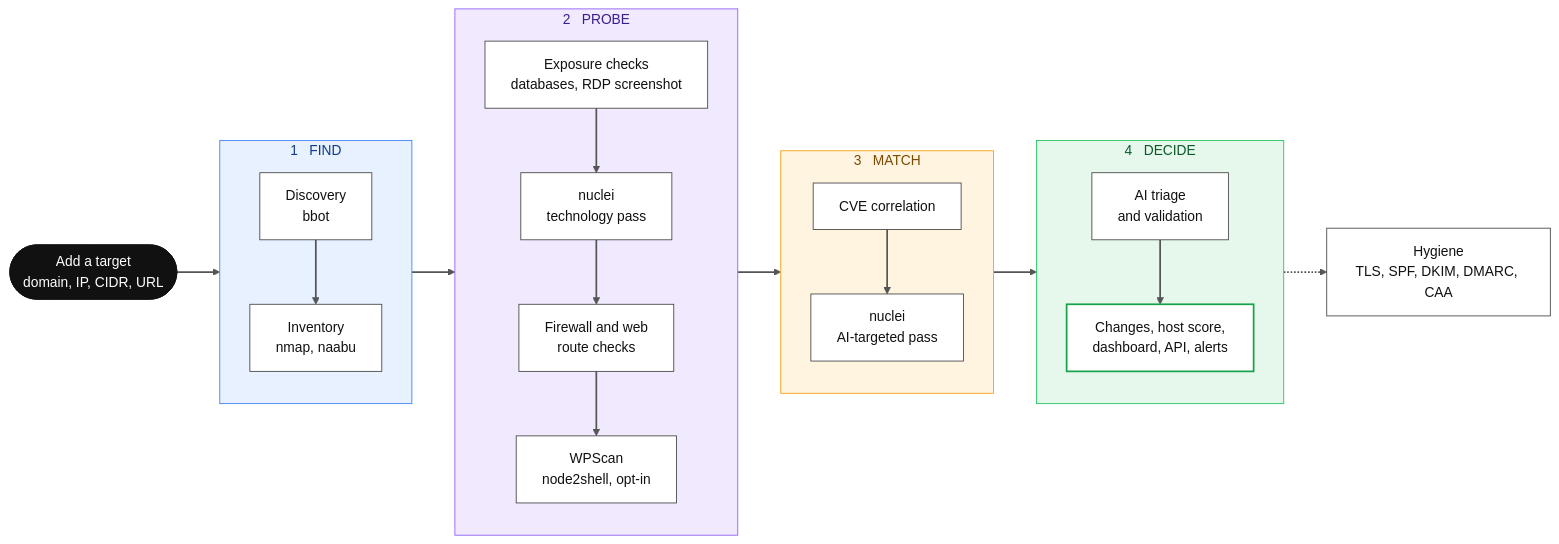
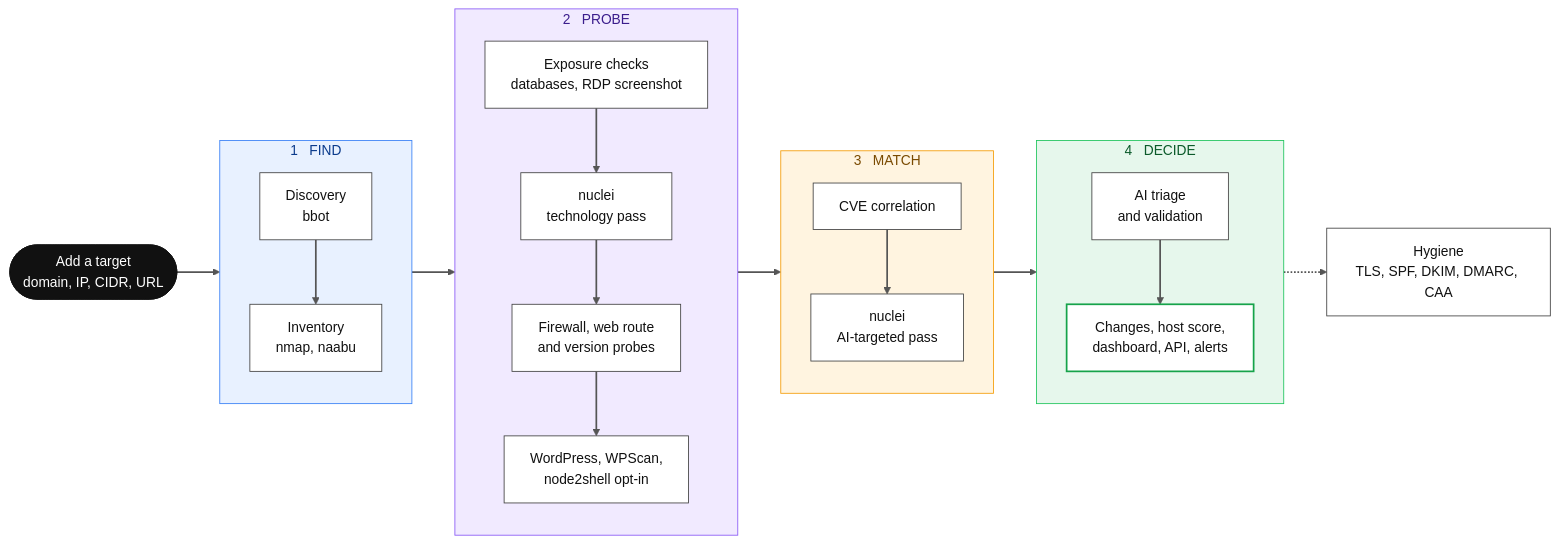
Before and after one commit to zqf20096327/ai_collect: the diagram in data/readmes/hevnsnt__CVEngine.md, drawn with Mermaid. The commit also changed other lines of this file and 1880 other files, not shown here.

````diff
--- a/data/readmes/hevnsnt__CVEngine.md
+++ b/data/readmes/hevnsnt__CVEngine.md
@@ -62,43 +79,43 @@
 ```mermaid
 flowchart LR
     T(["Add a target<br/>domain, IP, CIDR, URL"])
 
     subgraph FIND["1 &nbsp; FIND"]
         direction TB
         D["Discovery<br/>bbot"] --> I["Inventory<br/>nmap, naabu"]
     end
 
     subgraph PROBE["2 &nbsp; PROBE"]
         direction TB
-        X["Exposure checks<br/>databases, RDP screenshot"] --> N1["nuclei<br/>technology pass"] --> R["Firewall and web<br/>route checks"] --> W["WPScan<br/>node2shell, opt-in"]
+        X["Exposure checks<br/>databases, RDP screenshot"] --> N1["nuclei<br/>technology pass"] --> R["Firewall, web route<br/>and version probes"] --> W["WordPress, WPScan,<br/>node2shell opt-in"]
     end
 
     subgraph MATCH["3 &nbsp; MATCH"]
         direction TB
         C["CVE correlation"] --> N2["nuclei<br/>AI-targeted pass"]
     end
 
     subgraph DECIDE["4 &nbsp; DECIDE"]
         direction TB
         A["AI triage<br/>and validation"] --> O["Changes, host score,<br/>dashboard, API, alerts"]
     end
 
     H["Hygiene<br/>TLS, SPF, DKIM, DMARC, CAA"]
 
     T --> FIND --> PROBE --> MATCH --> DECIDE
     DECIDE -.-> H
 
     style FIND fill:#e8f1ff,stroke:#3b82f6,color:#0b3b8c
     style PROBE fill:#f1eaff,stroke:#8b5cf6,color:#3b1d8c
     style MATCH fill:#fff4e0,stroke:#f59e0b,color:#7a4a00
     style DECIDE fill:#e6f7ec,stroke:#22c55e,color:#0b5a2a
     linkStyle default stroke:#555,stroke-width:2px
 
     classDef start fill:#111,stroke:#111,color:#fff
     classDef step fill:#fff,stroke:#444,color:#111
     classDef out fill:#fff,stroke:#16a34a,stroke-width:2px,color:#111
     class T start
     class D,I,X,N1,R,W,C,N2,A step
     class O out
     class H step
 ```
````
